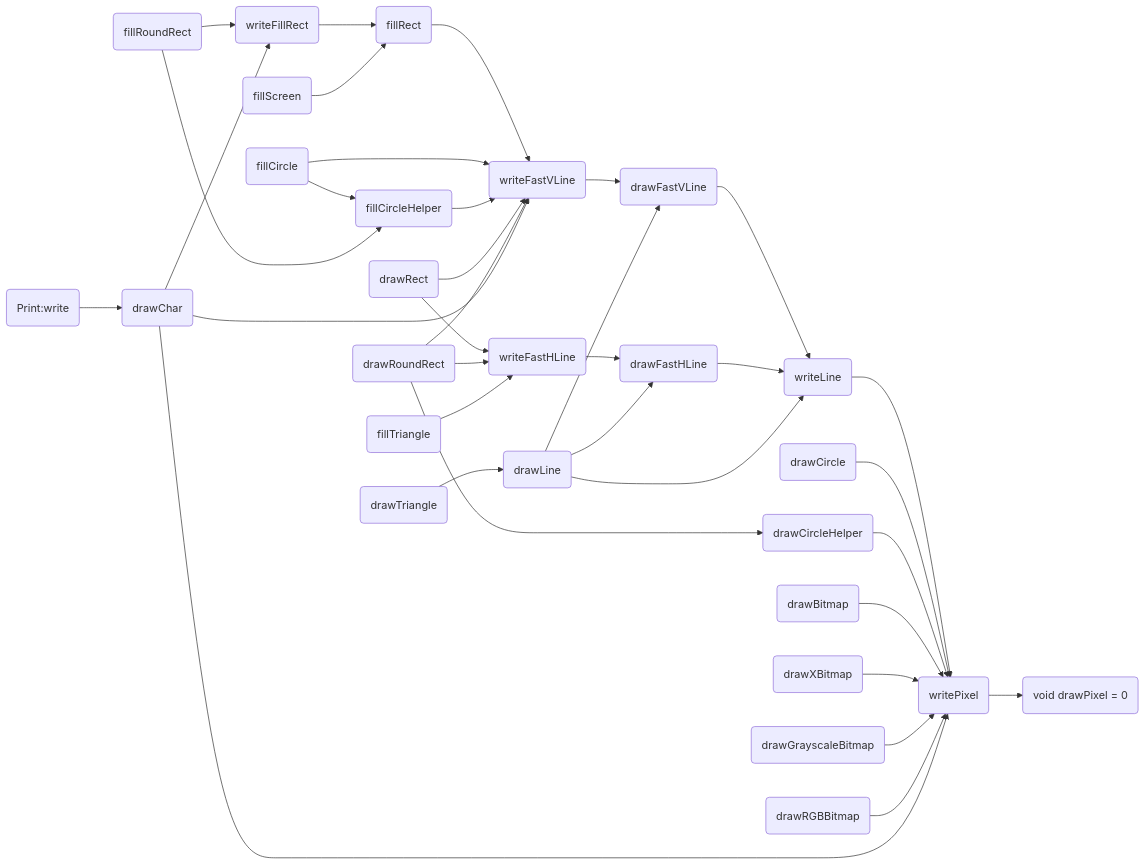
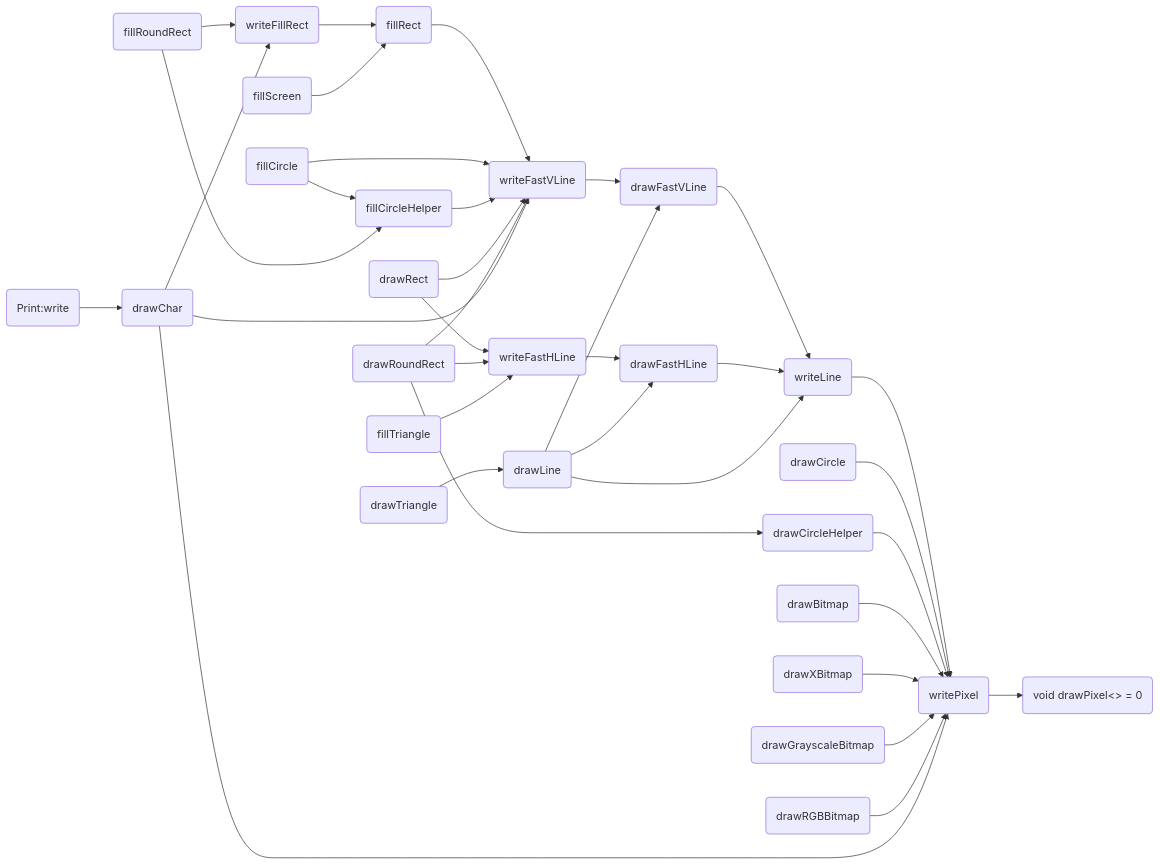
One commit to icodezhanglei/iodraw-files changed the diagram in all/未命名.md. Above: the diagram before and after it, drawn with Mermaid.

Commit message:
2024-09-13 18:49:56 update

````diff
--- a/all/未命名.md
+++ b/all/未命名.md
@@ -1,59 +1,59 @@
 ```mermaid
 flowchart LR
 
-drawPixel(void drawPixel<int16_t x> = 0)
+drawPixel(void drawPixel<> = 0)
 writePixel(writePixel)
 writeFillRect(writeFillRect)
 writeFastVLine(writeFastVLine)
 writeFastHLine(writeFastHLine)
 writeLine(writeLine)
 drawFastVLine(drawFastVLine)
 drawFastHLine(drawFastHLine)
 fillRect(fillRect)
 fillScreen(fillScreen)
 drawLine(drawLine)
 drawRect(drawRect)
 drawCircle(drawCircle)
 drawCircleHelper(drawCircleHelper)
 fillCircle(fillCircle)
 fillCircleHelper(fillCircleHelper)
 drawTriangle(drawTriangle)
 fillTriangle(fillTriangle)
 drawRoundRect(drawRoundRect)
 fillRoundRect(fillRoundRect)
 drawBitmap(drawBitmap)
 drawXBitmap(drawXBitmap)
 drawGrayscaleBitmap(drawGrayscaleBitmap)
 drawRGBBitmap(drawRGBBitmap)
 drawChar(drawChar)
 write(Print:write)
 
 
 writeLine --> writePixel --> drawPixel
 
 writeFastVLine --> drawFastVLine
 drawFastVLine --> writeLine
 
 writeFastHLine --> drawFastHLine
 drawFastHLine --> writeLine
 
 writeFillRect --> fillRect --> writeFastVLine
 
 fillScreen --> fillRect
 drawLine --> drawFastVLine & drawFastHLine &  writeLine
 drawCircle -->  writePixel
 drawCircleHelper --> writePixel
 fillCircle --> writeFastVLine & fillCircleHelper
 fillCircleHelper --> writeFastVLine
 drawRect --> writeFastHLine & writeFastVLine
 drawRoundRect --> writeFastHLine & writeFastVLine & drawCircleHelper
 fillRoundRect -->  writeFillRect & fillCircleHelper
 drawTriangle --> drawLine
 fillTriangle --> writeFastHLine
 drawBitmap -->  writePixel
 drawXBitmap -->  writePixel
 drawGrayscaleBitmap -->  writePixel
 drawRGBBitmap --> writePixel
 drawChar --> writePixel & writeFillRect & writeFastVLine
 write --> drawChar
 ```
````
